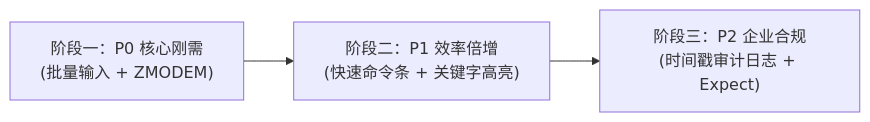
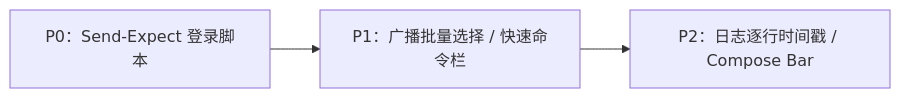
The diagram in docs/TERMINAL_COMPARISON_XSHELL.md (Tomshushu/Qshell), drawn with Mermaid before and after one commit. The commit also changed other lines of this file and 1 other file, not shown here.

````diff
--- a/docs/TERMINAL_COMPARISON_XSHELL.md
+++ b/docs/TERMINAL_COMPARISON_XSHELL.md
@@ -116,4 +90,4 @@
 ```mermaid
 flowchart LR
-    P0["阶段一：P0 核心刚需<br/>(批量输入 + ZMODEM)"] --> P1["阶段二：P1 效率倍增<br/>(快速命令条 + 关键字高亮)"] --> P2["阶段三：P2 企业合规<br/>(时间戳审计日志 + Expect)"]
+    P0["P0：Send-Expect 登录脚本"] --> P1["P1：广播批量选择 / 快速命令栏"] --> P2["P2：日志逐行时间戳 / Compose Bar"]
 ```
````
